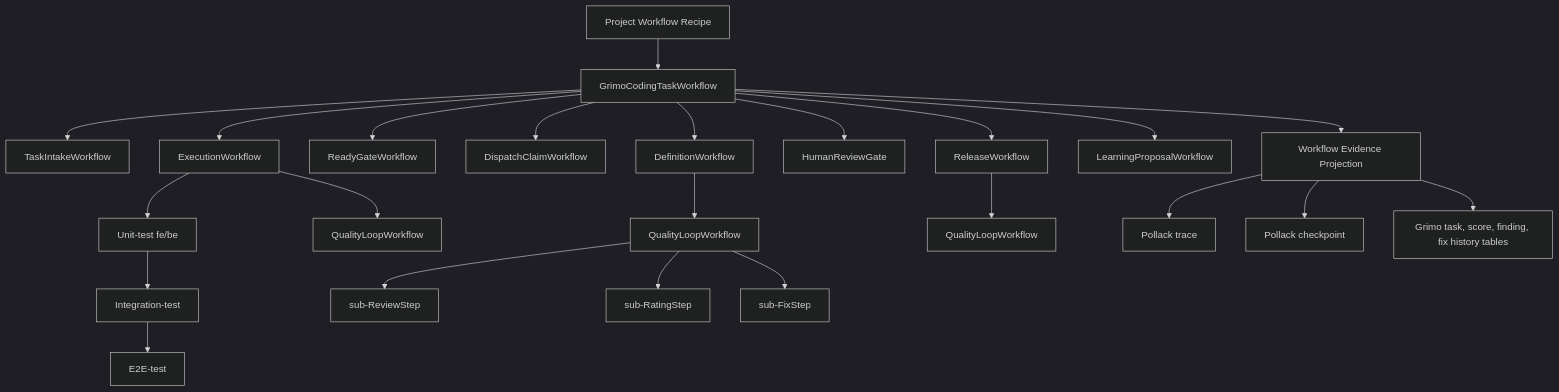
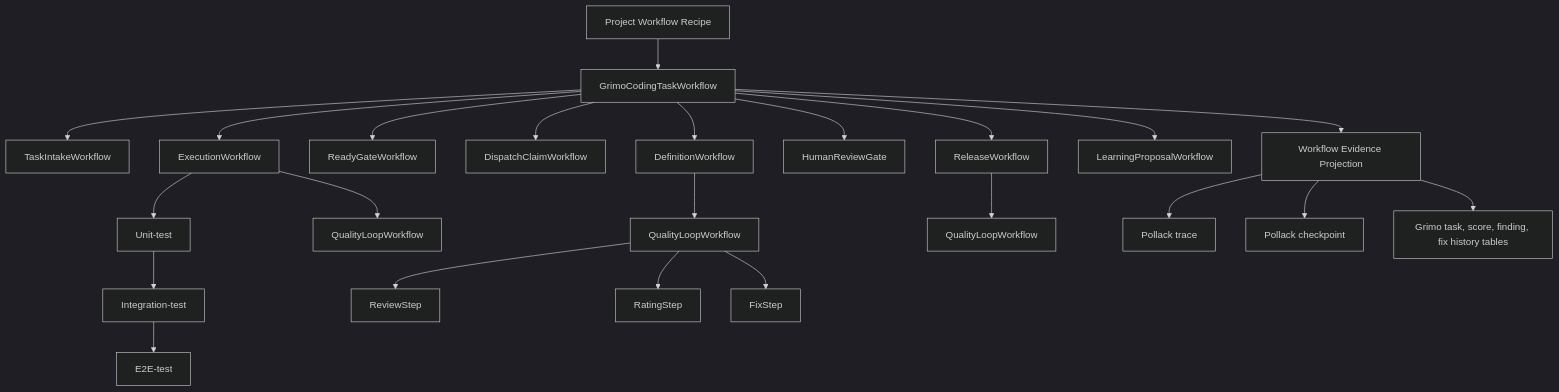
Before and after one commit to samzhu/grimoAPP: the first of 10 diagrams in docs/grimo/references/grimo-agent-workflow-definition.md, drawn with Mermaid (dark theme). The commit also changed other lines of this file and 30 other files, not shown here.

````diff
--- a/docs/grimo/references/grimo-agent-workflow-definition.md
+++ b/docs/grimo/references/grimo-agent-workflow-definition.md
@@ -61,29 +60,29 @@
 ```mermaid
 flowchart TD
   Project["Project Workflow Recipe"] --> TaskWorkflow["GrimoCodingTaskWorkflow"]
 
   TaskWorkflow --> Intake["TaskIntakeWorkflow"]
   TaskWorkflow --> Definition["DefinitionWorkflow"]
   TaskWorkflow --> Ready["ReadyGateWorkflow"]
   TaskWorkflow --> Dispatch["DispatchClaimWorkflow"]
   TaskWorkflow --> Execution["ExecutionWorkflow"]
   TaskWorkflow --> HumanReview["HumanReviewGate"]
   TaskWorkflow --> Release["ReleaseWorkflow"]
   TaskWorkflow --> Learning["LearningProposalWorkflow"]
 
   Definition --> QualityLoopA["QualityLoopWorkflow"]
   Execution --> QualityLoopB["QualityLoopWorkflow"]
-  Execution --> Unit["Unit-test fe/be"]
+  Execution --> Unit["Unit-test"]
   Unit --> Integration["Integration-test"]
   Integration --> E2E["E2E-test"]
   Release --> QualityLoopC["QualityLoopWorkflow"]
 
-  QualityLoopA --> Review["sub-ReviewStep"]
-  QualityLoopA --> Rating["sub-RatingStep"]
-  QualityLoopA --> Fix["sub-FixStep"]
+  QualityLoopA --> Review["ReviewStep"]
+  QualityLoopA --> Rating["RatingStep"]
+  QualityLoopA --> Fix["FixStep"]
 
   TaskWorkflow --> Evidence["Workflow Evidence Projection"]
   Evidence --> Trace["Pollack trace"]
   Evidence --> Checkpoint["Pollack checkpoint"]
   Evidence --> GrimoTables["Grimo task, score, finding, fix history tables"]
 ```
````
